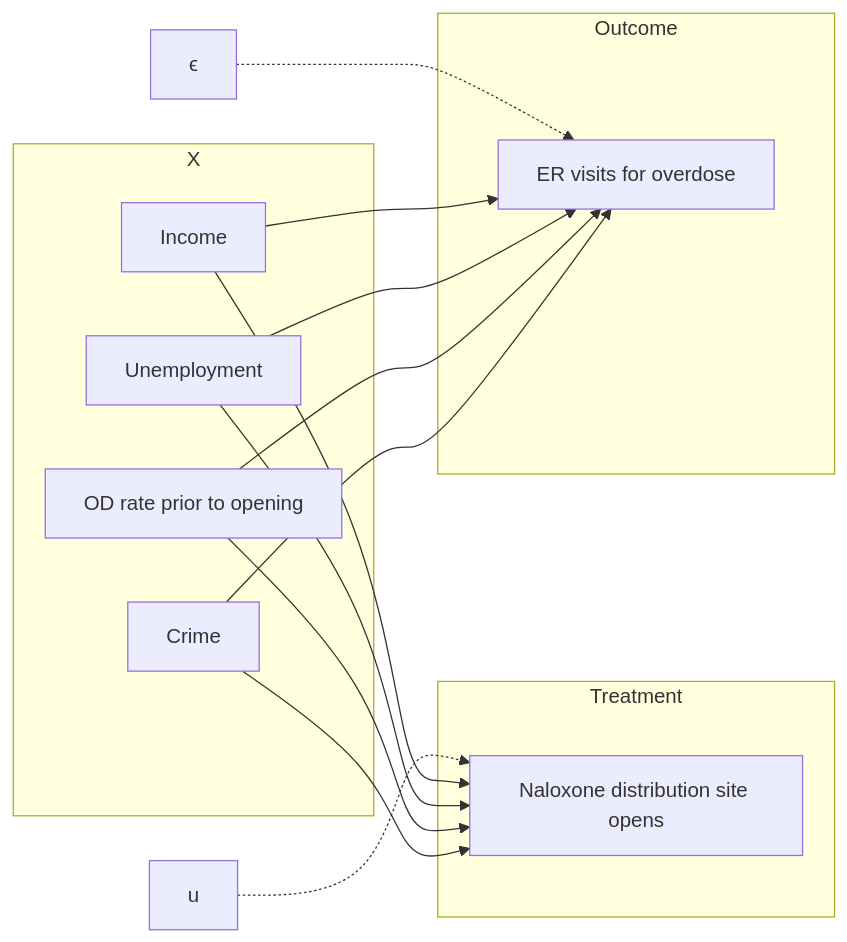
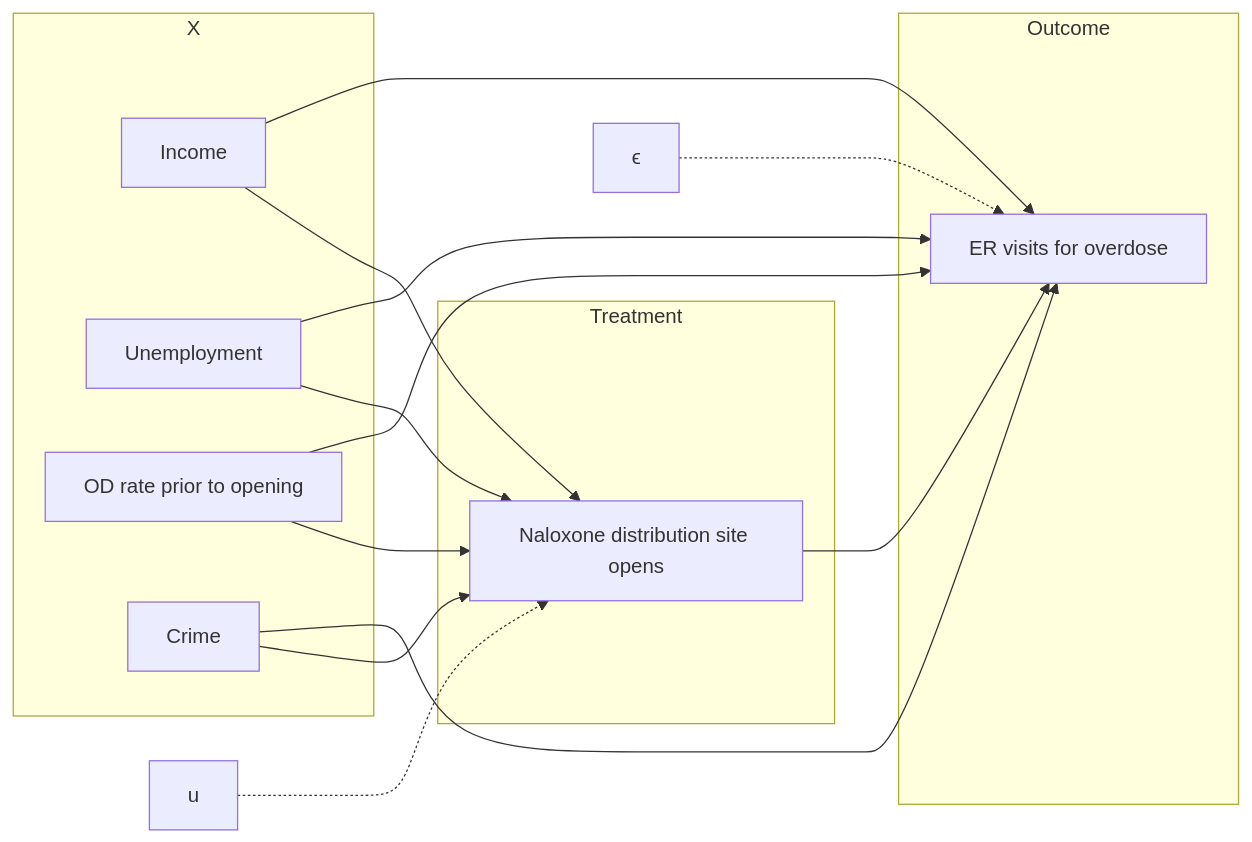
Before and after one commit to ubcecon/626: the fifth of 5 diagrams in site/identification/identification.qmd, drawn with Mermaid. The commit also changed other lines of this file and 2 other files, not shown here.

````diff
--- a/site/identification/identification.qmd
+++ b/site/identification/identification.qmd
@@ -256,22 +257,24 @@
 ```{mermaid}
-%%| fig-width: 6.5
+%%| fig-width: 8
+%%| fig-height: 6
 flowchart LR
     subgraph Treatment
         D[Naloxone distribution site opens]
     end
     subgraph Outcome
         Y[ER visits for overdose]
     end
     u -.-> D
+    D --> Y
     ϵ -.-> Y
     subgraph X
         Income --> Y
         Unemployment --> Y
         Income --> D
         Unemployment --> D
         OD[OD rate prior to opening] --> Y
         OD --> D
         Crime --> Y
         Crime --> D
     end
 ```
````
